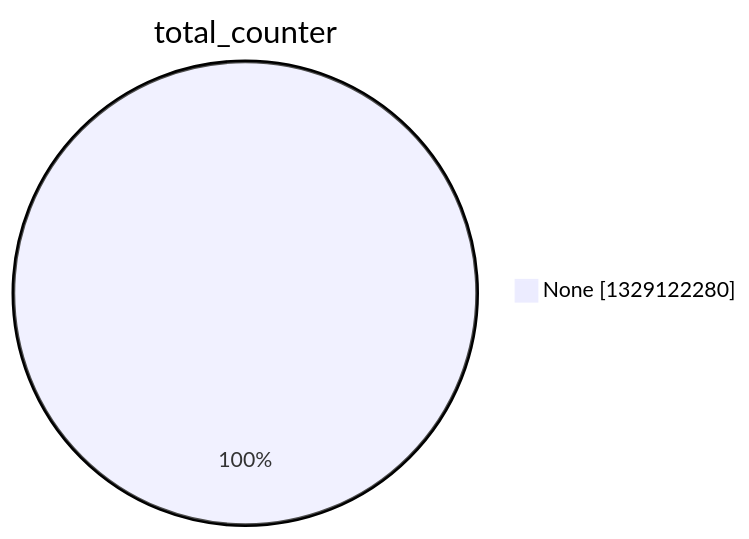
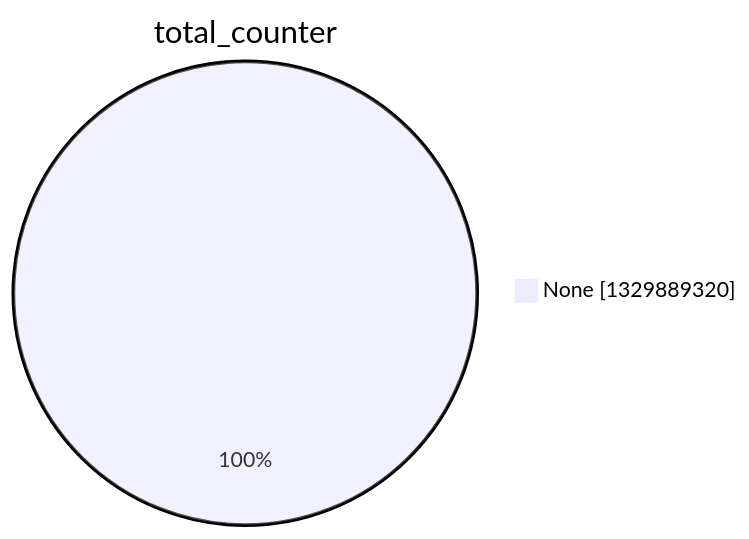
One commit to christiankrug/ctmonitor_visualization changed the second of 15 diagrams in argon2022/README.md. Above: the diagram before and after it, drawn with Mermaid. The commit also changed other lines of this file, not shown here.

````diff
--- a/argon2022/README.md
+++ b/argon2022/README.md
@@ -9,5 +9,5 @@
 ```mermaid
 pie showData
 title total_counter
-"None" :1329122280
+"None" :1329889320
 ```
````
